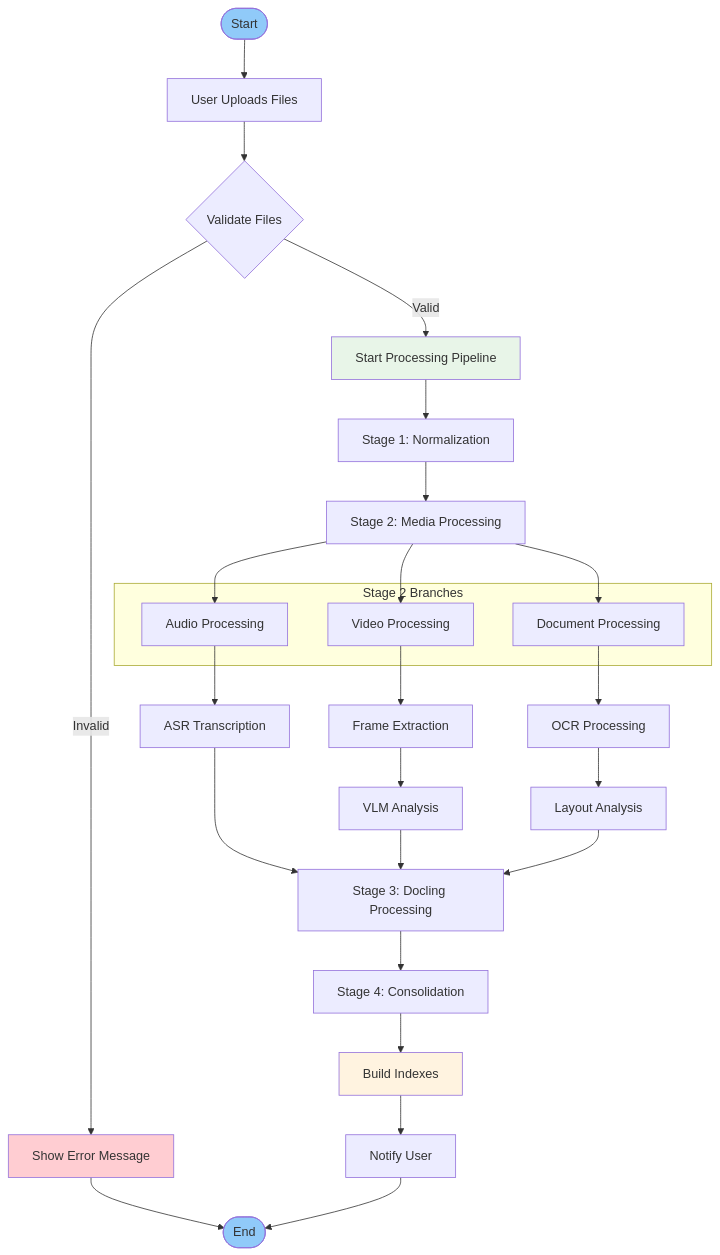
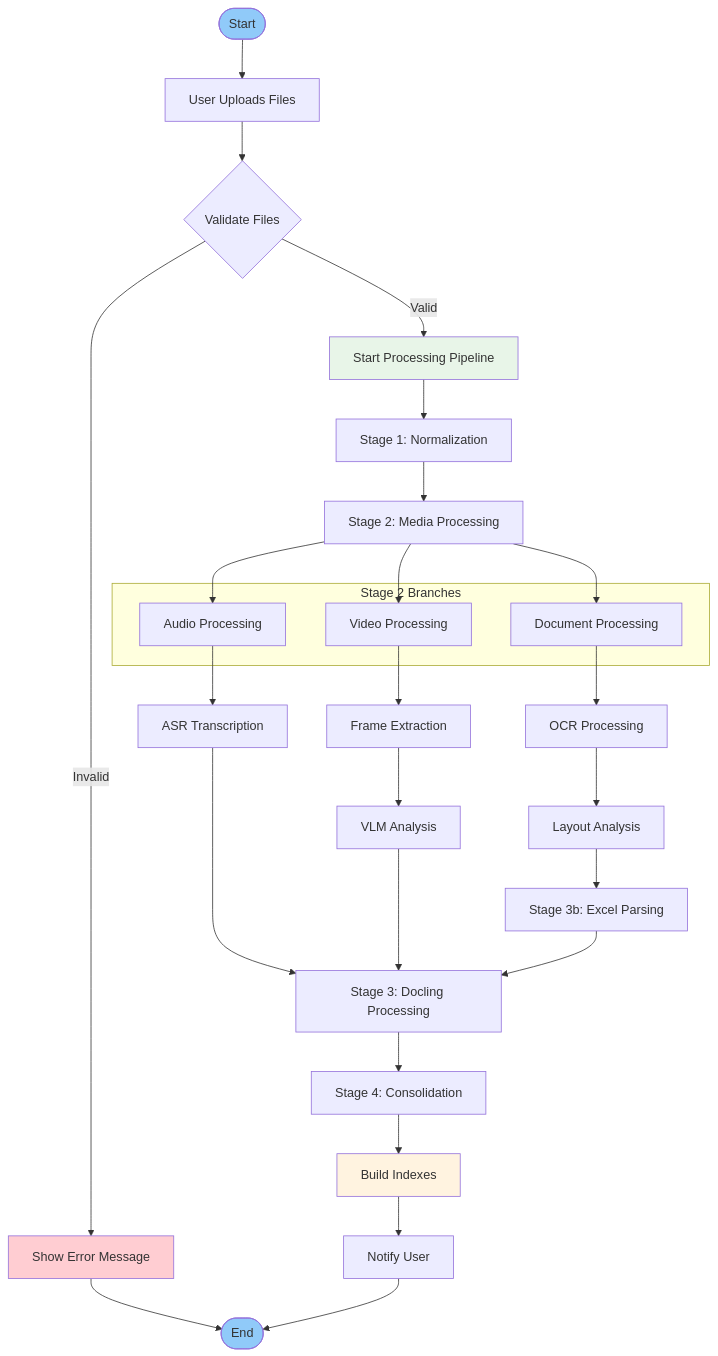
The first of 8 diagrams in docs/usecases.md (pdz1804/capstone-project), drawn with Mermaid before and after one commit. The commit also changed other lines of this file and 9 other files, not shown here.

````diff
--- a/docs/usecases.md
+++ b/docs/usecases.md
@@ -992,43 +921,44 @@
 ```mermaid
 flowchart TD
     Start([Start]) --> Upload[User Uploads Files]
     Upload --> Validate{Validate Files}
     Validate -->|Invalid| Error[Show Error Message]
     Error --> End([End])
   
     Validate -->|Valid| Process[Start Processing Pipeline]
     Process --> Stage1[Stage 1: Normalization]
     Stage1 --> Stage2[Stage 2: Media Processing]
   
     subgraph "Stage 2 Branches"
         Audio[Audio Processing]
         Video[Video Processing]
         Document[Document Processing]
     end
   
     Stage2 --> Audio
     Stage2 --> Video
     Stage2 --> Document
   
     Audio --> ASR[ASR Transcription]
     Video --> Frame[Frame Extraction]
     Document --> OCR[OCR Processing]
   
     ASR --> Stage3[Stage 3: Docling Processing]
     Frame --> VLM[VLM Analysis]
     OCR --> Layout[Layout Analysis]
-  
+    
     VLM --> Stage3
-    Layout --> Stage3
+    Layout --> Stage2b[Stage 3b: Excel Parsing]
+    Stage2b --> Stage3
   
     Stage3 --> Stage4[Stage 4: Consolidation]
     Stage4 --> Index[Build Indexes]
     Index --> Notify[Notify User]
     Notify --> End
   
     style Start fill:#90caf9
     style End fill:#90caf9
     style Error fill:#ffcdd2
     style Process fill:#e8f5e8
     style Index fill:#fff3e0
 ```
````
